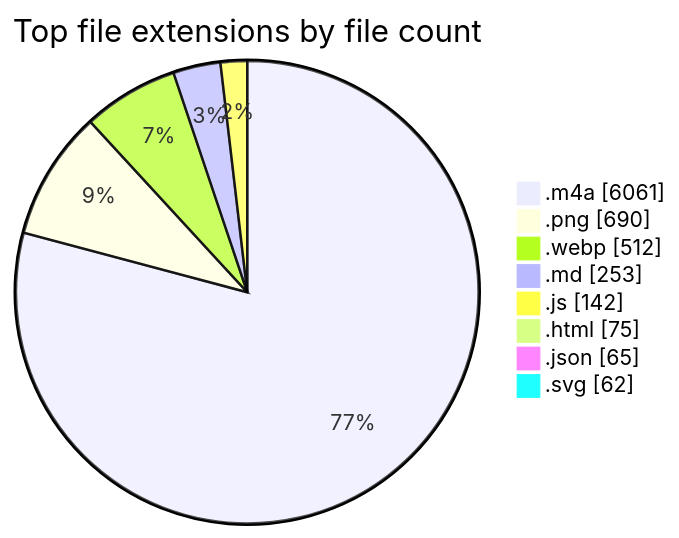
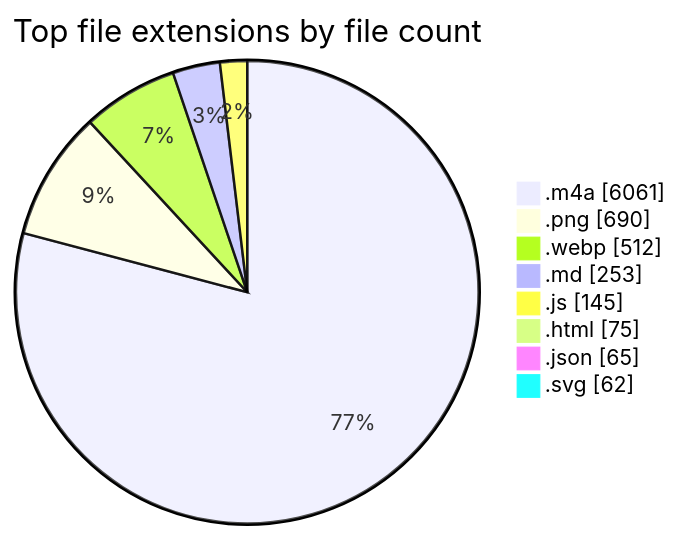
Before and after one commit to tchinso/tchinso: the second of 2 diagrams in README.md, drawn with Mermaid. The commit also changed other lines of this file, not shown here.

````diff
--- a/README.md
+++ b/README.md
@@ -53,12 +53,12 @@
 ```mermaid
 pie showData
     title Top file extensions by file count
     ".m4a" : 6061
     ".png" : 690
     ".webp" : 512
     ".md" : 253
-    ".js" : 142
+    ".js" : 145
     ".html" : 75
     ".json" : 65
     ".svg" : 62
 ```
````
